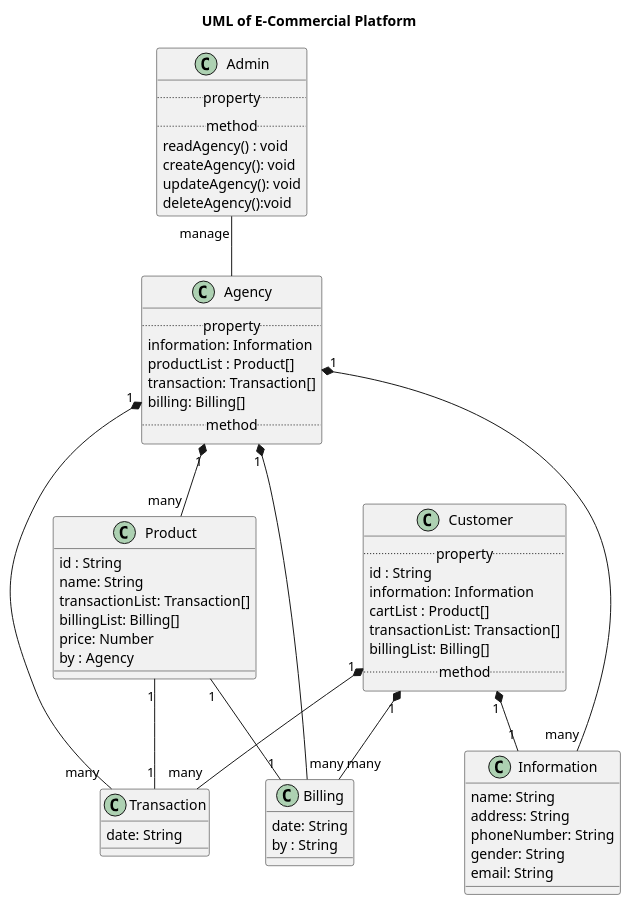
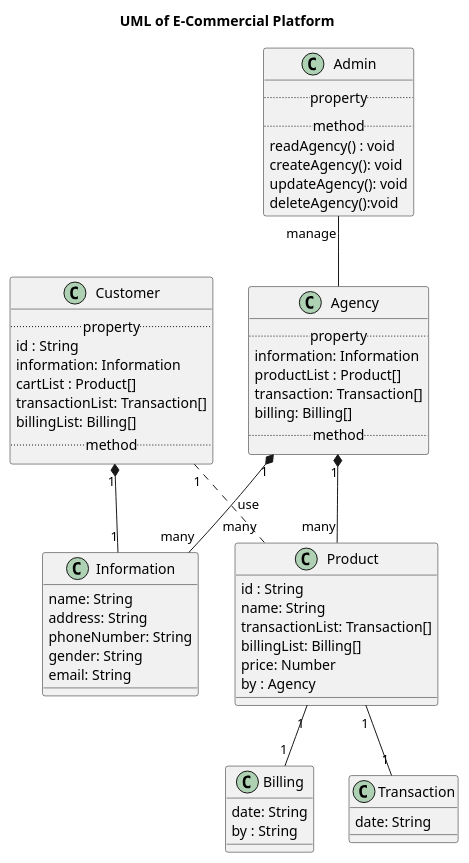
The diagram in Case_Study/UML/system.puml (hoangquocnam/UDT_Testing), drawn with PlantUML before and after one commit. The commit also changed 11 other files, not shown here.

Commit message:
update Common Sequence

```diff
--- a/Case_Study/UML/system.puml
+++ b/Case_Study/UML/system.puml
@@ -1,74 +1,71 @@
 @startuml Application use cases diagram
 skinparam actorStyle awesome
 title UML of E-Commercial Platform
 
 
 class Information{
     name: String
     address: String
     phoneNumber: String
     gender: String
     email: String
 }
 
 class Billing{
     date: String
     by : String
 }
 
 
 class Transaction{
     date: String
 }
 
 class Product{
     id : String
     name: String
     transactionList: Transaction[]
     billingList: Billing[]
     price: Number
     by : Agency
 }
 
 class Customer{
     ..property..
     id : String
     information: Information
     cartList : Product[]
     transactionList: Transaction[]
     billingList: Billing[]
     ..method..
 }
 
 class Agency{
     ..property..
     information: Information
     productList : Product[]
     transaction: Transaction[]
     billing: Billing[]
     ..method..
 }
 
 class Admin{
     ..property..
     ..method..
     readAgency() : void
     createAgency(): void
     updateAgency(): void
     deleteAgency():void
 }
 
 Customer "1"*-- "1" Information 
+Customer "1".. "many" Product: use
 Agency "1"*-- "many" Information
+Agency "1" *-- "many" Product
 Admin "manage" -- Agency
-Customer "1" *-- "many" Billing
-Customer "1" *-- "many" Transaction
-Agency "1" *-- "many" Product
-Agency "1" *-- "many" Billing
-Agency "1" *-- "many" Transaction
 Product "1" -- "1" Transaction
 Product "1" -- "1" Billing
 
 
 
 @enduml
```
